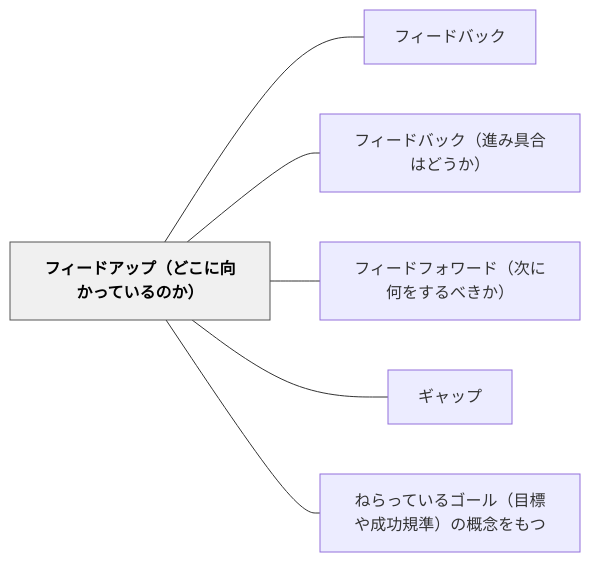
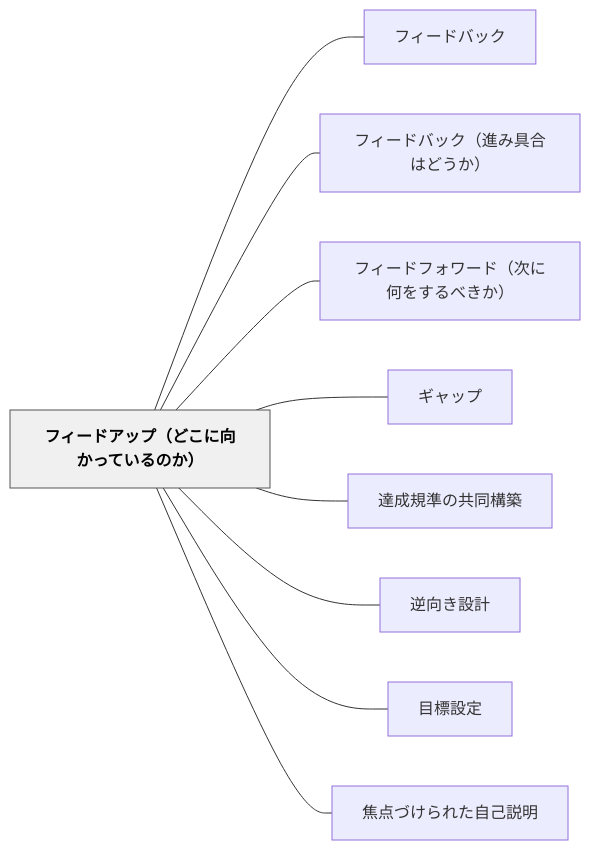
Before and after one commit to unknownthings-ed-patterns/unknownthings-ed-patterns: the diagram in content/パタン/フィードアップ（どこに向かっているのか）.md, drawn with Mermaid. The commit also changed other lines of this file, not shown here.

````diff
--- a/content/パタン/フィードアップ（どこに向かっているのか）.md
+++ b/content/パタン/フィードアップ（どこに向かっているのか）.md
@@ -51,18 +68,24 @@
 ```mermaid
 flowchart LR
     ne38395e382a3e383bce38389e382a2e38383e38397efbc88e381a9e38193e381abe59091e3818be381a3e381a6e38184e3828be381aee3818befbc89["フィードアップ（どこに向かっているのか）"]
     ne38395e382a3e383bce38389e38390e38383e382af["フィードバック"]
     ne38395e382a3e383bce38389e38390e38383e382afefbc88e980b2e381bfe585b7e59088e381afe381a9e38186e3818befbc89["フィードバック（進み具合はどうか）"]
     ne38395e382a3e383bce38389e38395e382a9e383afe383bce38389efbc88e6aca1e381abe4bd95e38292e38199e3828be381b9e3818de3818befbc89["フィードフォワード（次に何をするべきか）"]
     ne382aee383a3e38383e38397["ギャップ"]
-    ne381ade38289e381a3e381a6e38184e3828be382b4e383bce383abefbc88e79baee6a899e38284e68890e58a9fe8a68fe6ba96efbc89e381aee6a682e5bfb5e38292e38282e381a4["ねらっているゴール（目標や成功規準）の概念をもつ"]
+    ne98194e68890e8a68fe6ba96e381aee585b1e5908ce6a78be7af89["達成規準の共同構築"]
+    ne98086e59091e3818de8a8ade8a888["逆向き設計"]
+    ne79baee6a899e8a8ade5ae9a["目標設定"]
+    ne784a6e782b9e381a5e38191e38289e3828ce3819fe887aae5b7b1e8aaace6988e["焦点づけられた自己説明"]
 
     ne38395e382a3e383bce38389e382a2e38383e38397efbc88e381a9e38193e381abe59091e3818be381a3e381a6e38184e3828be381aee3818befbc89 --- ne38395e382a3e383bce38389e38390e38383e382af
     ne38395e382a3e383bce38389e382a2e38383e38397efbc88e381a9e38193e381abe59091e3818be381a3e381a6e38184e3828be381aee3818befbc89 --- ne38395e382a3e383bce38389e38390e38383e382afefbc88e980b2e381bfe585b7e59088e381afe381a9e38186e3818befbc89
     ne38395e382a3e383bce38389e382a2e38383e38397efbc88e381a9e38193e381abe59091e3818be381a3e381a6e38184e3828be381aee3818befbc89 --- ne38395e382a3e383bce38389e38395e382a9e383afe383bce38389efbc88e6aca1e381abe4bd95e38292e38199e3828be381b9e3818de3818befbc89
     ne38395e382a3e383bce38389e382a2e38383e38397efbc88e381a9e38193e381abe59091e3818be381a3e381a6e38184e3828be381aee3818befbc89 --- ne382aee383a3e38383e38397
-    ne38395e382a3e383bce38389e382a2e38383e38397efbc88e381a9e38193e381abe59091e3818be381a3e381a6e38184e3828be381aee3818befbc89 --- ne381ade38289e381a3e381a6e38184e3828be382b4e383bce383abefbc88e79baee6a899e38284e68890e58a9fe8a68fe6ba96efbc89e381aee6a682e5bfb5e38292e38282e381a4
+    ne38395e382a3e383bce38389e382a2e38383e38397efbc88e381a9e38193e381abe59091e3818be381a3e381a6e38184e3828be381aee3818befbc89 --- ne98194e68890e8a68fe6ba96e381aee585b1e5908ce6a78be7af89
+    ne38395e382a3e383bce38389e382a2e38383e38397efbc88e381a9e38193e381abe59091e3818be381a3e381a6e38184e3828be381aee3818befbc89 --- ne98086e59091e3818de8a8ade8a888
+    ne38395e382a3e383bce38389e382a2e38383e38397efbc88e381a9e38193e381abe59091e3818be381a3e381a6e38184e3828be381aee3818befbc89 --- ne79baee6a899e8a8ade5ae9a
+    ne38395e382a3e383bce38389e382a2e38383e38397efbc88e381a9e38193e381abe59091e3818be381a3e381a6e38184e3828be381aee3818befbc89 --- ne784a6e782b9e381a5e38191e38289e3828ce3819fe887aae5b7b1e8aaace6988e
 
     classDef hub fill:#f0f0f0,stroke:#555,color:#000,font-weight:bold
     class ne38395e382a3e383bce38389e382a2e38383e38397efbc88e381a9e38193e381abe59091e3818be381a3e381a6e38184e3828be381aee3818befbc89 hub
 ```
````
